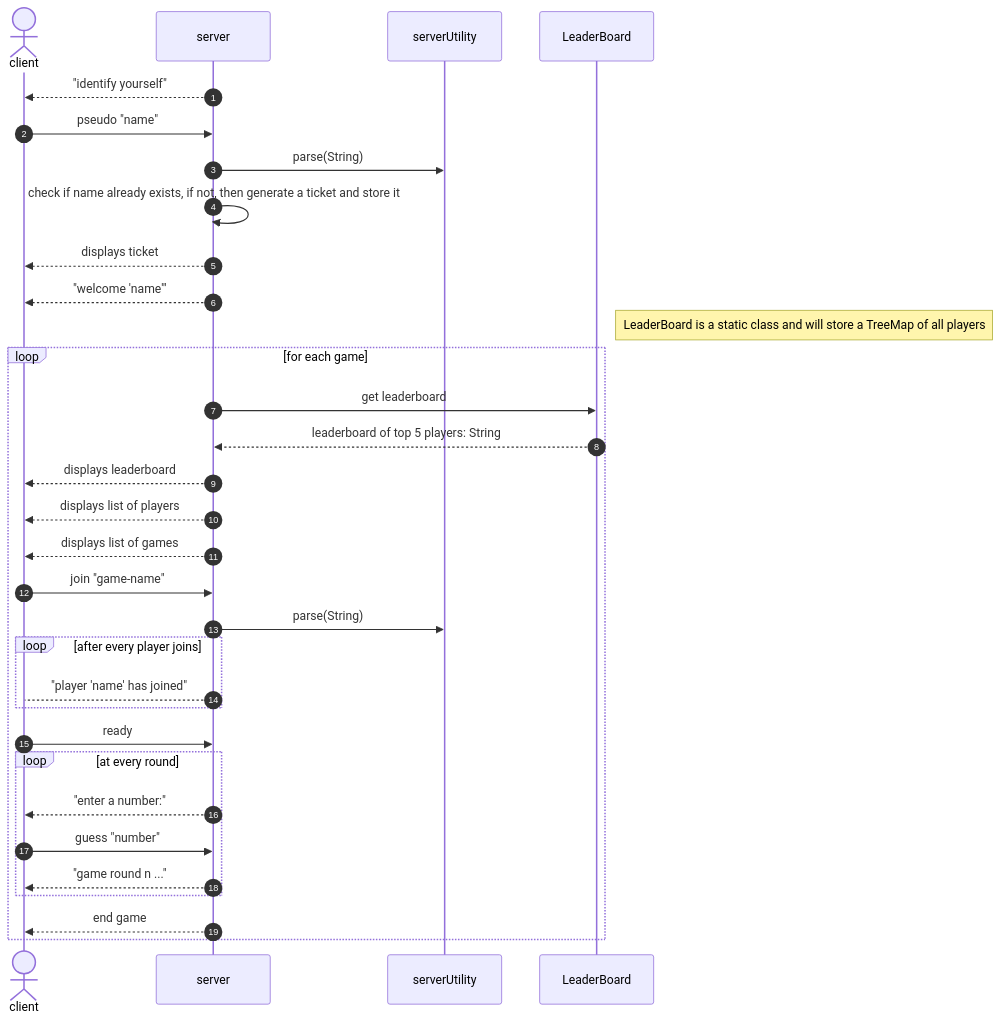
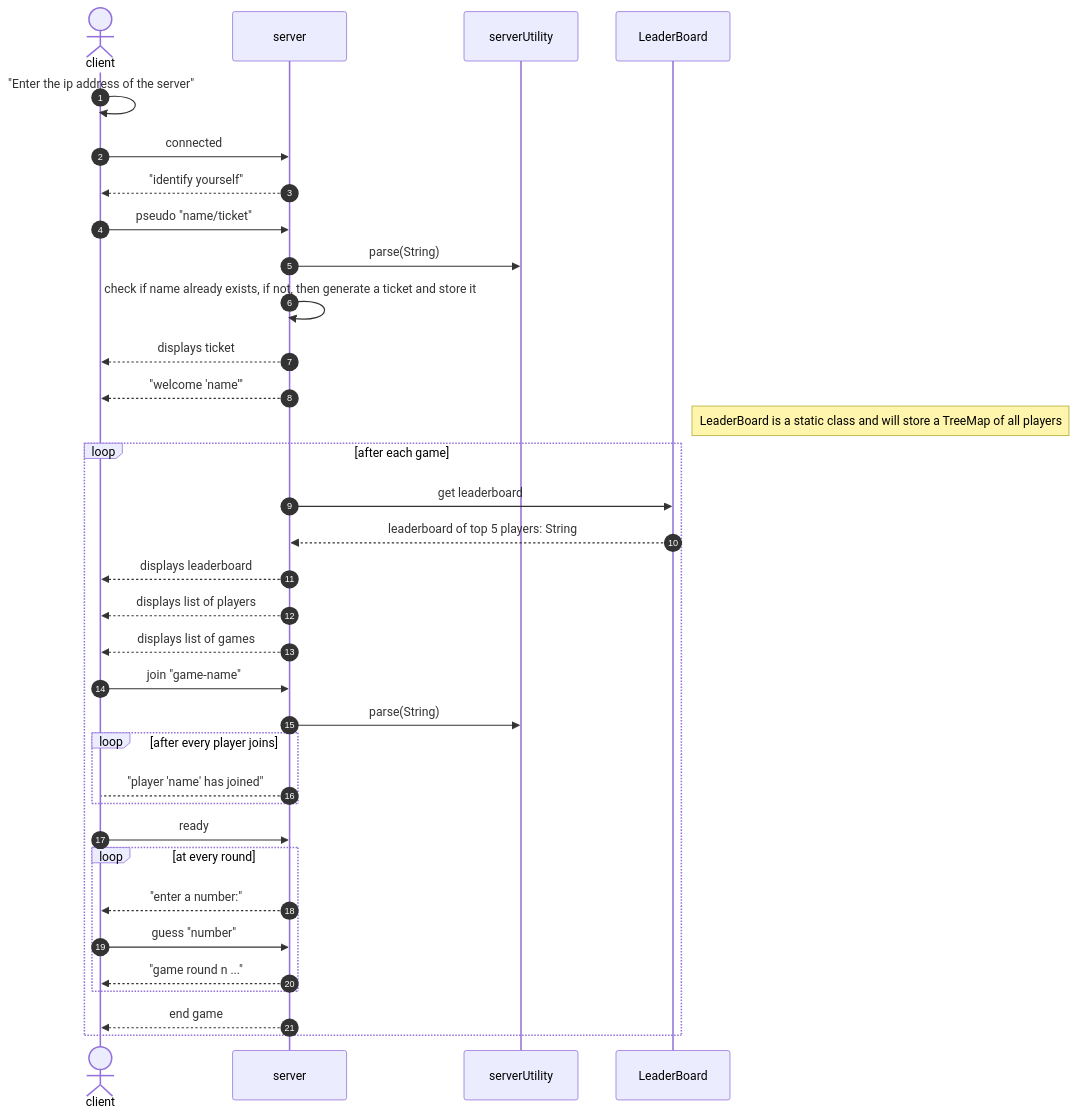
Before and after one commit to silzai/ObsidianNotes: the diagram in Notes/RandomStudyNotes/OS/Lab/os_project_2.md, drawn with Mermaid. The commit also changed 19 other files, not shown here.

````diff
--- a/Notes/RandomStudyNotes/OS/Lab/os_project_2.md
+++ b/Notes/RandomStudyNotes/OS/Lab/os_project_2.md
@@ -2,50 +2,52 @@
 ```mermaid
 sequenceDiagram
 autonumber
 
 actor client
 participant server
 participant serverUtility
 participant LeaderBoard
 
+client->>client: "Enter the ip address of the server"
+client->>server: connected
 server-->>client: "identify yourself"
-client->>server: pseudo "name"
+client->>server: pseudo "name/ticket"
 
 server->>serverUtility: parse(String) 
 
 server->>server: check if name already exists, if not, then generate a ticket and store it
 server-->>client: displays ticket
 server-->>client: "welcome 'name'"
 
 Note right of LeaderBoard: LeaderBoard is a static class and will store a TreeMap of all players
 
-loop for each game
+loop after each game
 server->>LeaderBoard: get leaderboard
 LeaderBoard-->>server: leaderboard of top 5 players: String
 server-->>client: displays leaderboard
 
 server-->>client: displays list of players
 server-->>client: displays list of games
 
 client->>server: join "game-name"
 
 server->>serverUtility: parse(String) 
 
 loop after every player joins
 server-->client: "player 'name' has joined"
 end
 
 client->>server: ready
 
 loop at every round
 server-->>client: "enter a number:"
 client->>server: guess "number"
 server-->>client: "game round n ..."
 end
 
 server-->>client: end game
 end
 
 
 
 ```
````
